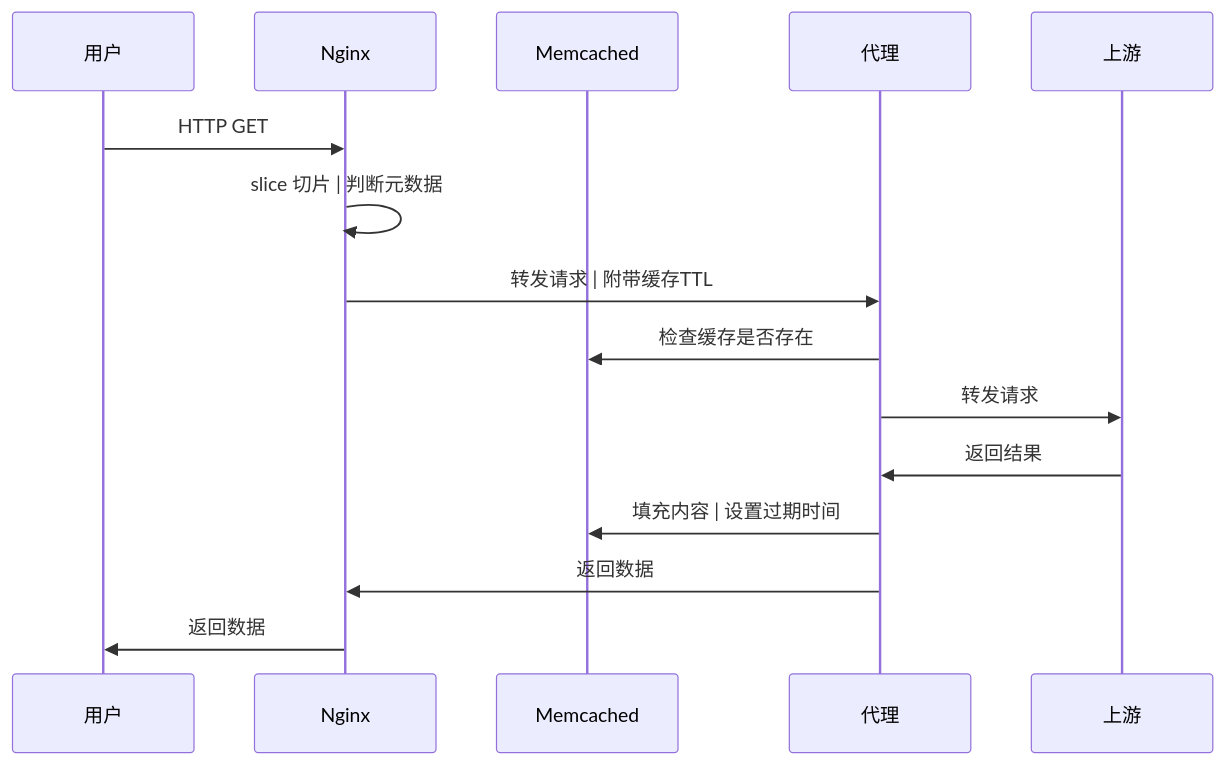
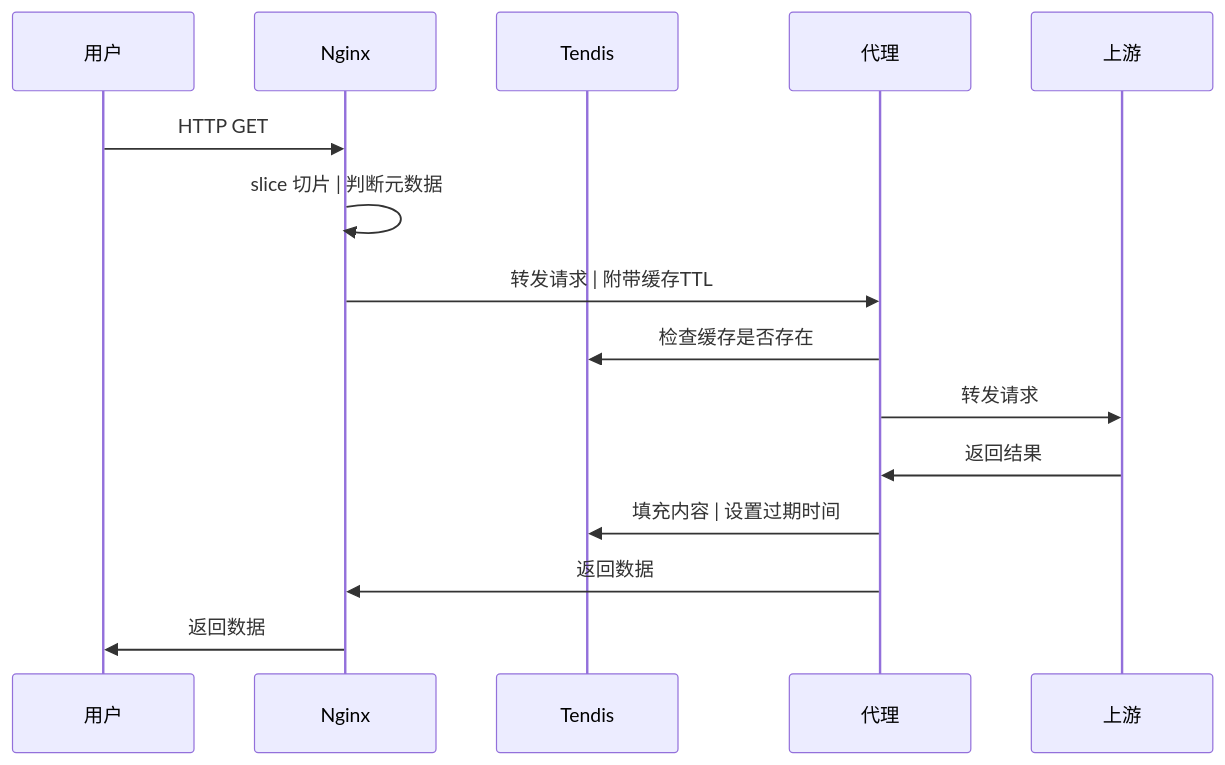
The diagram in README.md (BoringCat/cat-proxy-cache), drawn with Mermaid before and after one commit. The commit also changed other lines of this file, not shown here.

````diff
--- a/README.md
+++ b/README.md
@@ -25,18 +67,18 @@
 ```mermaid
 sequenceDiagram
     participant 用户
     participant Nginx
-    participant Memcached
+    participant Tendis
     participant 代理
     participant 上游
 
     用户 ->> Nginx: HTTP GET
     Nginx ->> Nginx: slice 切片 | 判断元数据
     Nginx ->> 代理: 转发请求 | 附带缓存TTL
-    代理 ->> Memcached: 检查缓存是否存在
+    代理 ->> Tendis: 检查缓存是否存在
     代理 ->> 上游: 转发请求
     上游 ->> 代理: 返回结果
-    代理 ->> Memcached: 填充内容 | 设置过期时间
+    代理 ->> Tendis: 填充内容 | 设置过期时间
     代理 ->> Nginx: 返回数据
     Nginx ->> 用户: 返回数据
 ```
````
